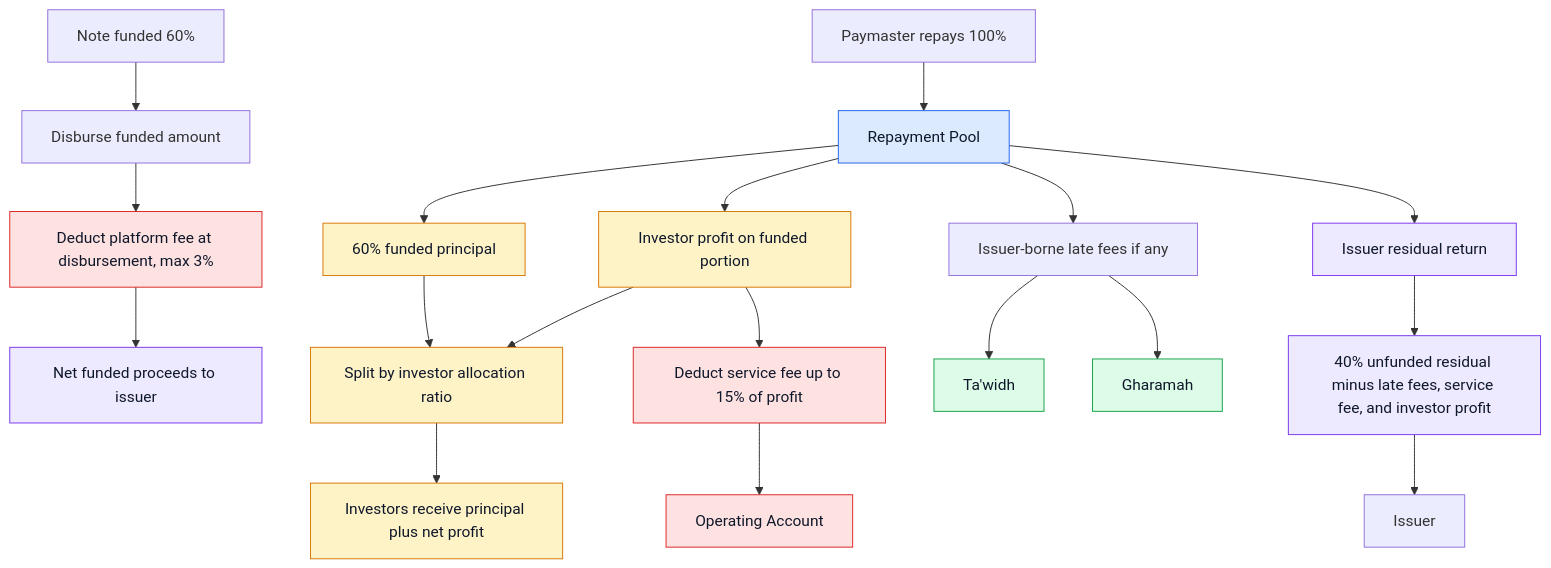
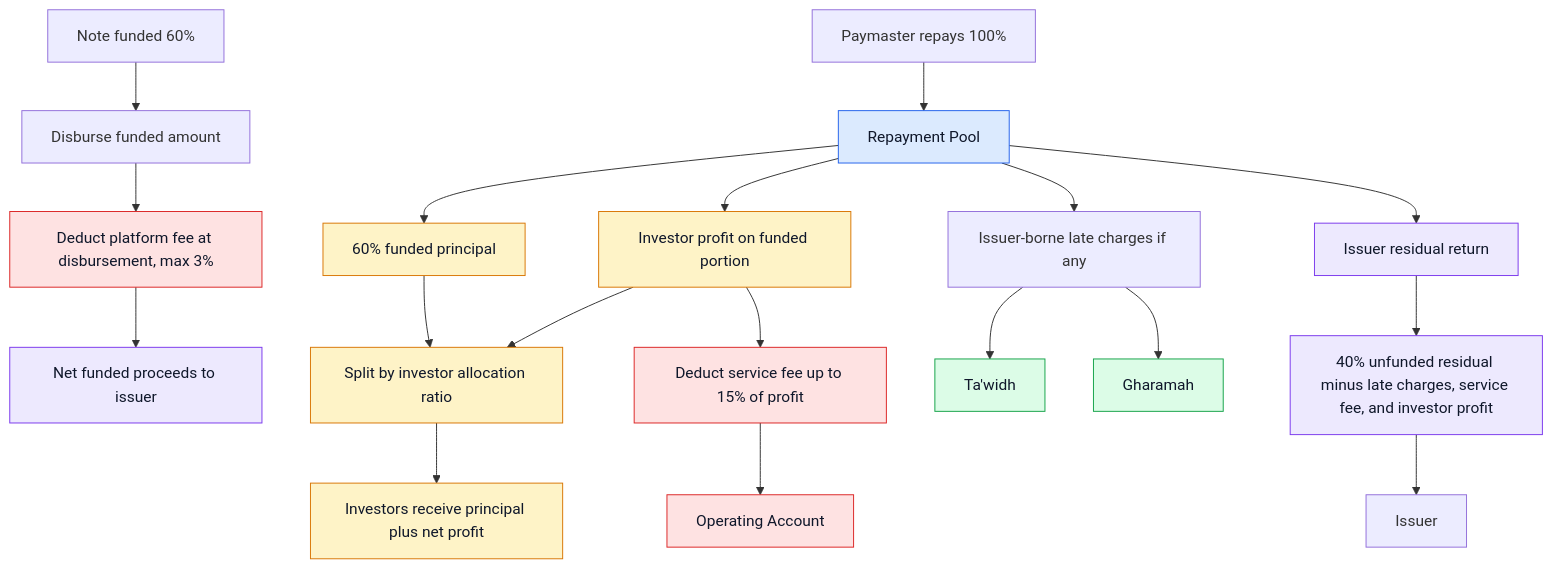
Before and after one commit to Malcan-Technologies/shoraka: the second of 2 diagrams in docs/help/admin-note-money-flow.md, drawn with Mermaid. The commit also changed other lines of this file and 59 other files, not shown here.

````diff
--- a/docs/help/admin-note-money-flow.md
+++ b/docs/help/admin-note-money-flow.md
@@ -86,32 +114,32 @@
 ```mermaid
 flowchart TD
   funded["Note funded 60%"] --> disburse["Disburse funded amount"]
   disburse --> platformFee["Deduct platform fee at disbursement, max 3%"]
   platformFee --> issuerNet["Net funded proceeds to issuer"]
   paymaster["Paymaster repays 100%"] --> repaymentPool["Repayment Pool"]
   repaymentPool --> investorPrincipal["60% funded principal"]
   repaymentPool --> investorProfit["Investor profit on funded portion"]
   investorProfit --> serviceFee["Deduct service fee up to 15% of profit"]
   serviceFee --> operating["Operating Account"]
   investorPrincipal --> investorRatio["Split by investor allocation ratio"]
   investorProfit --> investorRatio
   investorRatio --> investors["Investors receive principal plus net profit"]
-  repaymentPool --> lateFees["Issuer-borne late fees if any"]
+  repaymentPool --> lateFees["Issuer-borne late charges if any"]
   lateFees --> tawidh["Ta'widh"]
   lateFees --> gharamah["Gharamah"]
   repaymentPool --> issuerResidual["Issuer residual return"]
-  issuerResidual --> formula["40% unfunded residual minus late fees, service fee, and investor profit"]
+  issuerResidual --> formula["40% unfunded residual minus late charges, service fee, and investor profit"]
   formula --> issuer["Issuer"]
 
   class repaymentPool pool
   class platformFee,serviceFee,operating fee
   class tawidh,gharamah syariahAccount
   class investorPrincipal,investorProfit,investorRatio,investors investorStep
   class issuerNet,issuerResidual,formula issuerStep
 
   classDef pool fill:#dbeafe,stroke:#2563eb,color:#0f172a
   classDef fee fill:#fee2e2,stroke:#dc2626,color:#0f172a
   classDef syariahAccount fill:#dcfce7,stroke:#16a34a,color:#0f172a
   classDef investorStep fill:#fef3c7,stroke:#d97706,color:#0f172a
   classDef issuerStep fill:#ede9fe,stroke:#7c3aed,color:#0f172a
 ```
````
